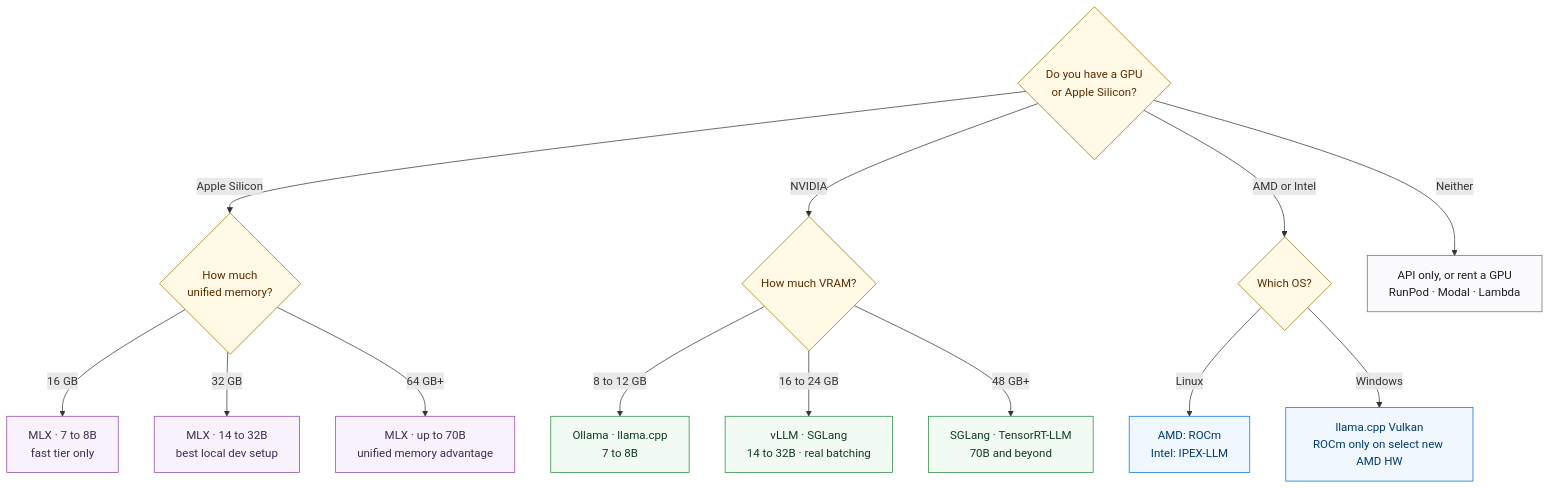
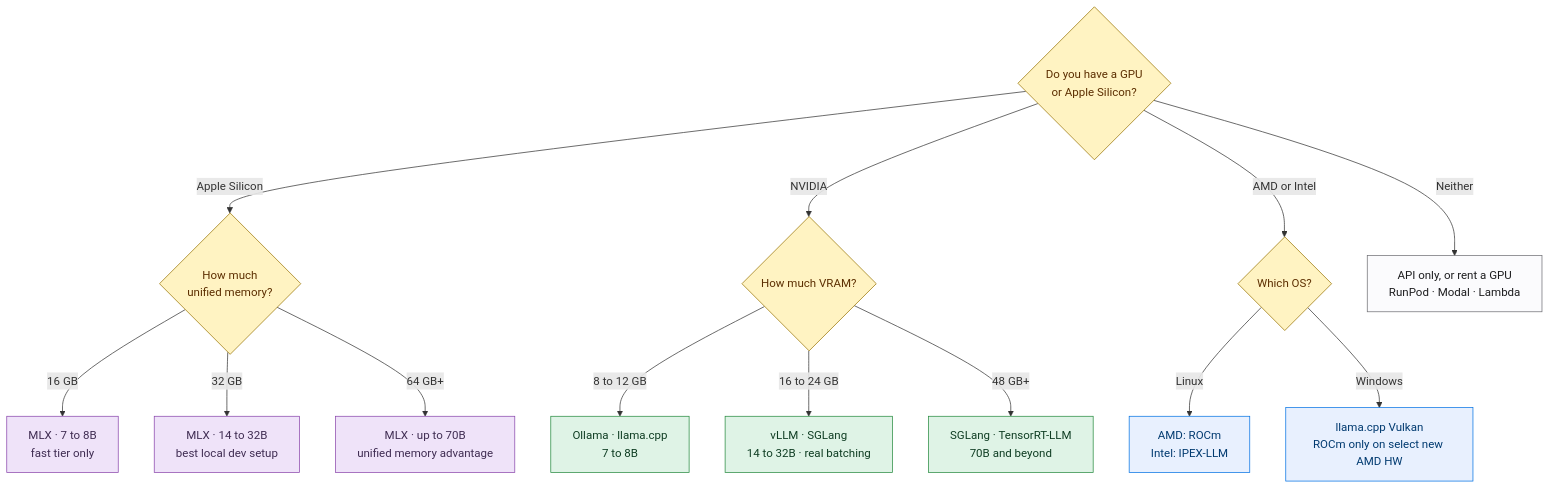
One commit to mlvpatel/open-weight-agent-stack changed the diagram in diagrams/src/hardware-paths.mmd. Above: the diagram before and after it, drawn with Mermaid. The commit also changed 36 other files, not shown here.

First line of the commit message:
feat: render diagrams on Pages, richer palette

```diff
--- a/diagrams/src/hardware-paths.mmd
+++ b/diagrams/src/hardware-paths.mmd
@@ -1,29 +1,29 @@
 flowchart TB
     Q0{"Do you have a GPU<br/>or Apple Silicon?"}
     Q0 -->|"Apple Silicon"| MAC{"How much<br/>unified memory?"}
     Q0 -->|"NVIDIA"| NV{"How much VRAM?"}
     Q0 -->|"AMD or Intel"| OTHER{"Which OS?"}
     Q0 -->|"Neither"| NONE["API only, or rent a GPU<br/>RunPod · Modal · Lambda"]
 
     MAC -->|"16 GB"| M1["MLX · 7 to 8B<br/>fast tier only"]
     MAC -->|"32 GB"| M2["MLX · 14 to 32B<br/>best local dev setup"]
     MAC -->|"64 GB+"| M3["MLX · up to 70B<br/>unified memory advantage"]
 
     NV -->|"8 to 12 GB"| N1["Ollama · llama.cpp<br/>7 to 8B"]
     NV -->|"16 to 24 GB"| N2["vLLM · SGLang<br/>14 to 32B · real batching"]
     NV -->|"48 GB+"| N3["SGLang · TensorRT-LLM<br/>70B and beyond"]
 
     OTHER -->|"Linux"| O1["AMD: ROCm<br/>Intel: IPEX-LLM"]
     OTHER -->|"Windows"| O2["llama.cpp Vulkan<br/>ROCm only on select new AMD HW"]
 
-    classDef q fill:#fff9e6,stroke:#997404,color:#5c2e00
-    classDef mac fill:#f7f2fb,stroke:#8944ab,color:#3f2c52
-    classDef nv fill:#f2faf4,stroke:#248a3d,color:#0f3d23
-    classDef other fill:#f0f7ff,stroke:#0071e3,color:#003a70
+    classDef q fill:#fff3c2,stroke:#997404,color:#5c2e00
+    classDef mac fill:#efe3f9,stroke:#8944ab,color:#3f2c52
+    classDef nv fill:#dff3e6,stroke:#248a3d,color:#0f3d23
+    classDef other fill:#e8f0fe,stroke:#0071e3,color:#003a70
     classDef none fill:#fbfbfd,stroke:#6e6e73,color:#1d1d1f
 
     class Q0,MAC,NV,OTHER q
     class M1,M2,M3 mac
     class N1,N2,N3 nv
     class O1,O2 other
     class NONE none
```
